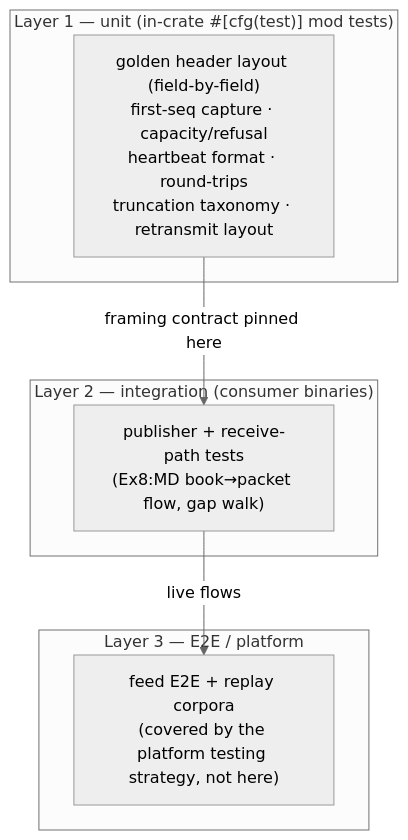
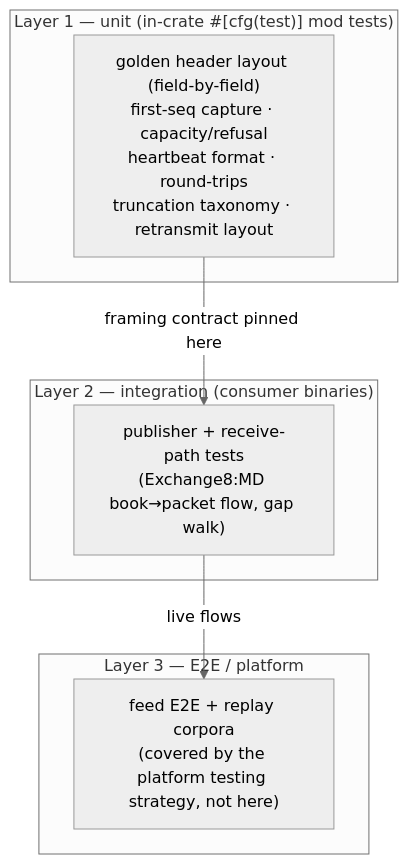
Before and after one commit to Exchange8-dev/exchange8-sdk: the eighth of 8 diagrams in crates/mold/DESIGN.md, drawn with Mermaid (neutral theme). The commit also changed other lines of this file and 29 other files, not shown here.

````diff
--- a/crates/mold/DESIGN.md
+++ b/crates/mold/DESIGN.md
@@ -349,13 +349,13 @@
 ```mermaid
 graph TD
     subgraph P1["Layer 1 — unit (in-crate #[cfg(test)] mod tests)"]
         U1["golden header layout (field-by-field)<br/>first-seq capture · capacity/refusal<br/>heartbeat format · round-trips<br/>truncation taxonomy · retransmit layout"]
     end
     subgraph P2["Layer 2 — integration (consumer binaries)"]
-        U2["publisher + receive-path tests<br/>(Ex8:MD book→packet flow, gap walk)"]
+        U2["publisher + receive-path tests<br/>(Exchange8:MD book→packet flow, gap walk)"]
     end
     subgraph P3["Layer 3 — E2E / platform"]
         U3["feed E2E + replay corpora<br/>(covered by the platform testing strategy, not here)"]
     end
     U1 -->|"framing contract pinned here"| U2 -->|"live flows"| U3
 ```
````
